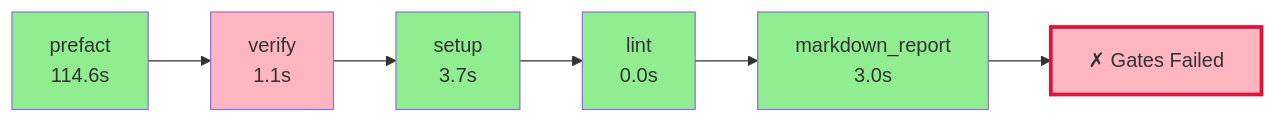
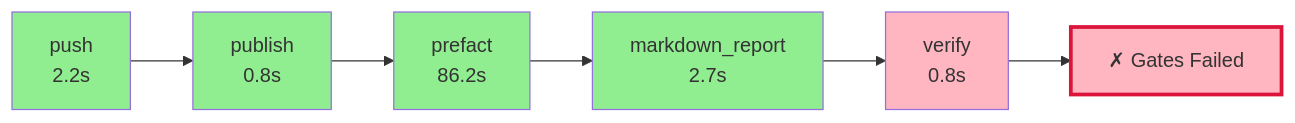
One commit to wronai/fixos changed the diagram in .pyqual/report.md. Above: the diagram before and after it, drawn with Mermaid. The commit also changed other lines of this file and 9 other files, not shown here.

````diff
--- a/.pyqual/report.md
+++ b/.pyqual/report.md
@@ -10,20 +10,20 @@
 ```mermaid
 flowchart LR
-    S0["prefact<br/>114.6s"]
+    S0["push<br/>2.2s"]
     style S0 fill:#90EE90
-    S1["verify<br/>1.1s"]
-    style S1 fill:#FFB6C1
+    S1["publish<br/>0.8s"]
+    style S1 fill:#90EE90
     S0 --> S1
-    S2["setup<br/>3.7s"]
+    S2["prefact<br/>86.2s"]
     style S2 fill:#90EE90
     S1 --> S2
-    S3["lint<br/>0.0s"]
+    S3["markdown_report<br/>2.7s"]
     style S3 fill:#90EE90
     S2 --> S3
-    S4["markdown_report<br/>3.0s"]
-    style S4 fill:#90EE90
+    S4["verify<br/>0.8s"]
+    style S4 fill:#FFB6C1
     S3 --> S4
     G["✗ Gates Failed"]
     style G fill:#FFB6C1,stroke:#DC143C,stroke-width:3px
     S4 --> G
 ```
````
